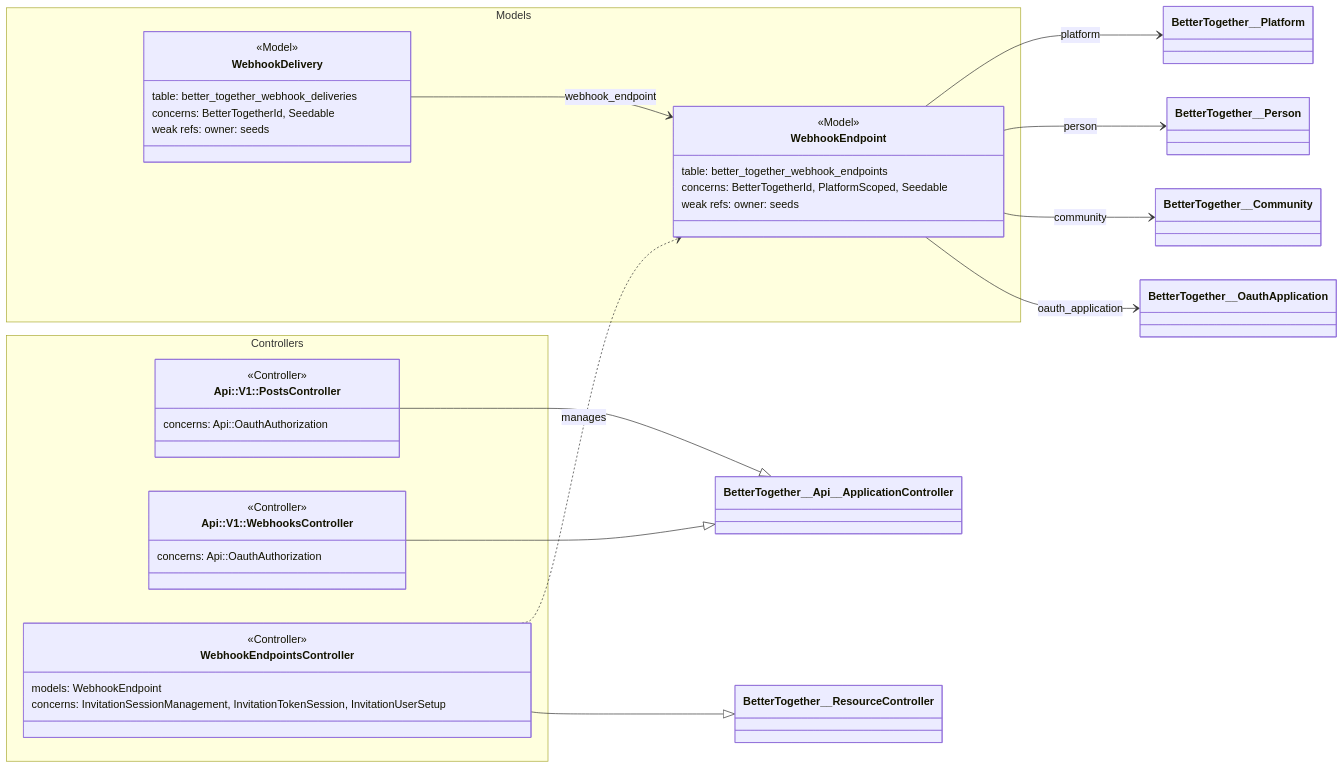
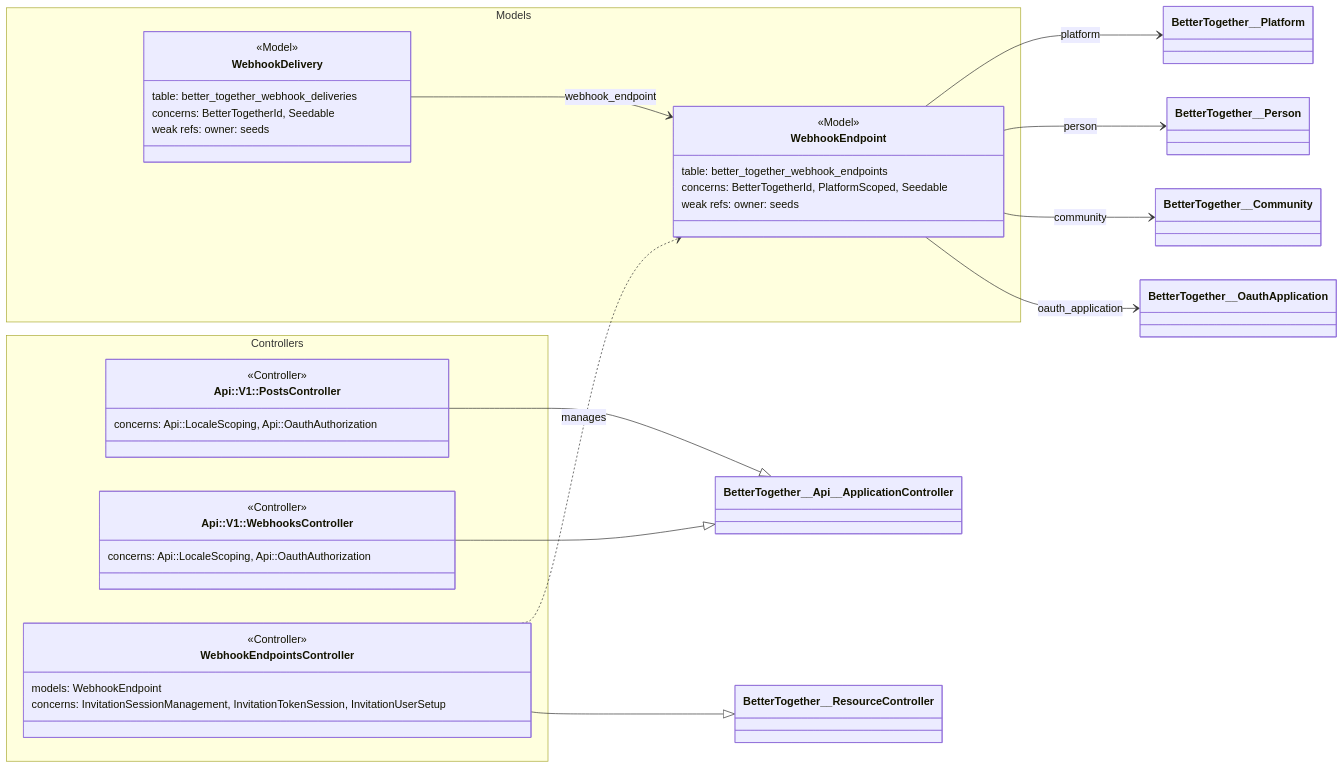
One commit to better-together-org/community-engine-rails changed the diagram in docs/diagrams/source/ce_integrations_webhooks_rails_layers.mmd. Above: the diagram before and after it, drawn with Mermaid. The commit also changed 86 other files, not shown here.

```diff
--- a/docs/diagrams/source/ce_integrations_webhooks_rails_layers.mmd
+++ b/docs/diagrams/source/ce_integrations_webhooks_rails_layers.mmd
@@ -1,44 +1,44 @@
 %% Generated by scripts/export_subsystem_diagrams.rb
 classDiagram
   direction LR
 
   namespace Controllers {
     class BetterTogether__Api__V1__PostsController["Api::V1::PostsController"] {
       <<Controller>>
-      concerns: Api::OauthAuthorization
+      concerns: Api::LocaleScoping, Api::OauthAuthorization
     }
     class BetterTogether__Api__V1__WebhooksController["Api::V1::WebhooksController"] {
       <<Controller>>
-      concerns: Api::OauthAuthorization
+      concerns: Api::LocaleScoping, Api::OauthAuthorization
     }
     class BetterTogether__WebhookEndpointsController["WebhookEndpointsController"] {
       <<Controller>>
       models: WebhookEndpoint
       concerns: InvitationSessionManagement, InvitationTokenSession, InvitationUserSetup
     }
   }
 
   namespace Models {
     class BetterTogether__WebhookDelivery["WebhookDelivery"] {
       <<Model>>
       table: better_together_webhook_deliveries
       concerns: BetterTogetherId, Seedable
       weak refs: owner: seeds
     }
     class BetterTogether__WebhookEndpoint["WebhookEndpoint"] {
       <<Model>>
       table: better_together_webhook_endpoints
       concerns: BetterTogetherId, PlatformScoped, Seedable
       weak refs: owner: seeds
     }
   }
 
   BetterTogether__Api__V1__PostsController --|> BetterTogether__Api__ApplicationController
   BetterTogether__Api__V1__WebhooksController --|> BetterTogether__Api__ApplicationController
   BetterTogether__WebhookEndpointsController ..> BetterTogether__WebhookEndpoint : manages
   BetterTogether__WebhookEndpointsController --|> BetterTogether__ResourceController
   BetterTogether__WebhookDelivery --> BetterTogether__WebhookEndpoint : webhook_endpoint
   BetterTogether__WebhookEndpoint --> BetterTogether__Platform : platform
   BetterTogether__WebhookEndpoint --> BetterTogether__Person : person
   BetterTogether__WebhookEndpoint --> BetterTogether__Community : community
   BetterTogether__WebhookEndpoint --> BetterTogether__OauthApplication : oauth_application
```
